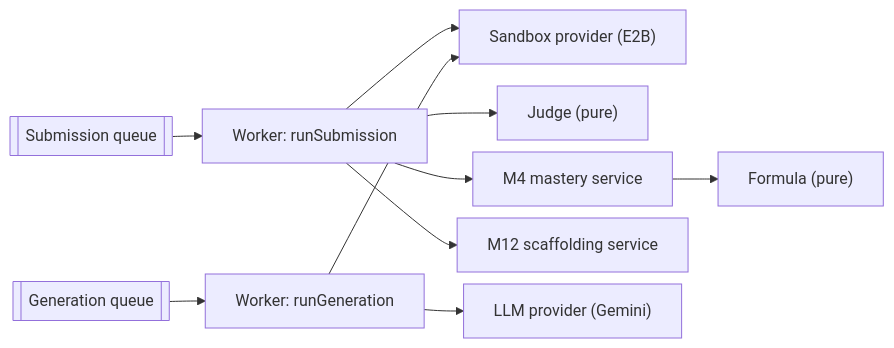
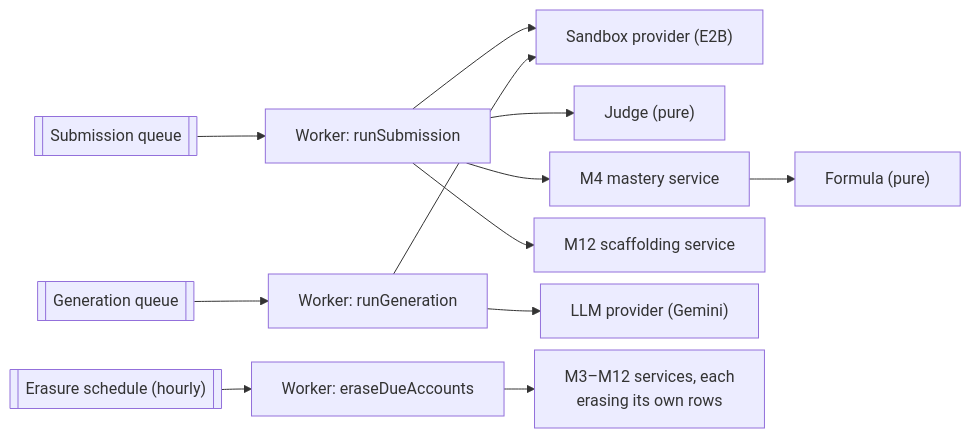
One commit to Nidanos/ai-tutor-platform changed diagram 24 of 24 in DOCS/phase-3/MP3-Draft-Report.md. Above: the diagram before and after it, drawn with Mermaid. The commit also changed other lines of this file and 1 other file, not shown here.

````diff
--- a/DOCS/phase-3/MP3-Draft-Report.md
+++ b/DOCS/phase-3/MP3-Draft-Report.md
@@ -1719,17 +1814,19 @@
 ```mermaid
 ---
 config:
   flowchart:
     nodeSpacing: 12
     rankSpacing: 30
 ---
 flowchart LR
   Q[["Submission queue"]] --> W["Worker: runSubmission"]
   W --> SP["Sandbox provider (E2B)"]
   W --> J["Judge (pure)"]
   W --> MS["M4 mastery service"] --> F["Formula (pure)"]
   W --> FS["M12 scaffolding service"]
   GQ[["Generation queue"]] --> GW["Worker: runGeneration"]
   GW --> LLM["LLM provider (Gemini)"]
   GW --> SP
+  EQ[["Erasure schedule (hourly)"]] --> EW["Worker: eraseDueAccounts"]
+  EW --> MOD["M3–M12 services, each<br/>erasing its own rows"]
 ```
````
